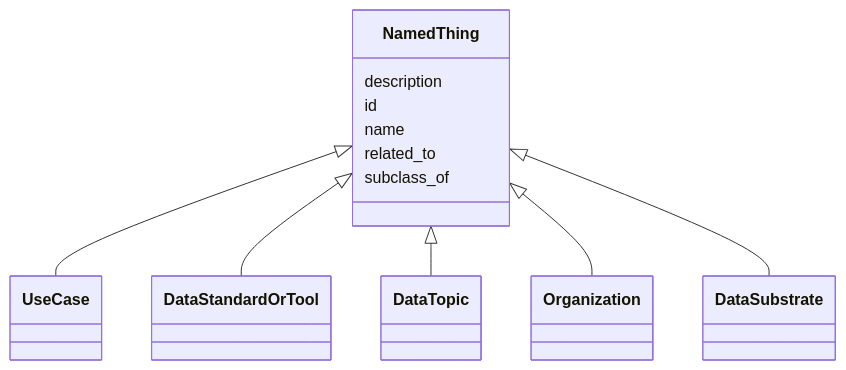
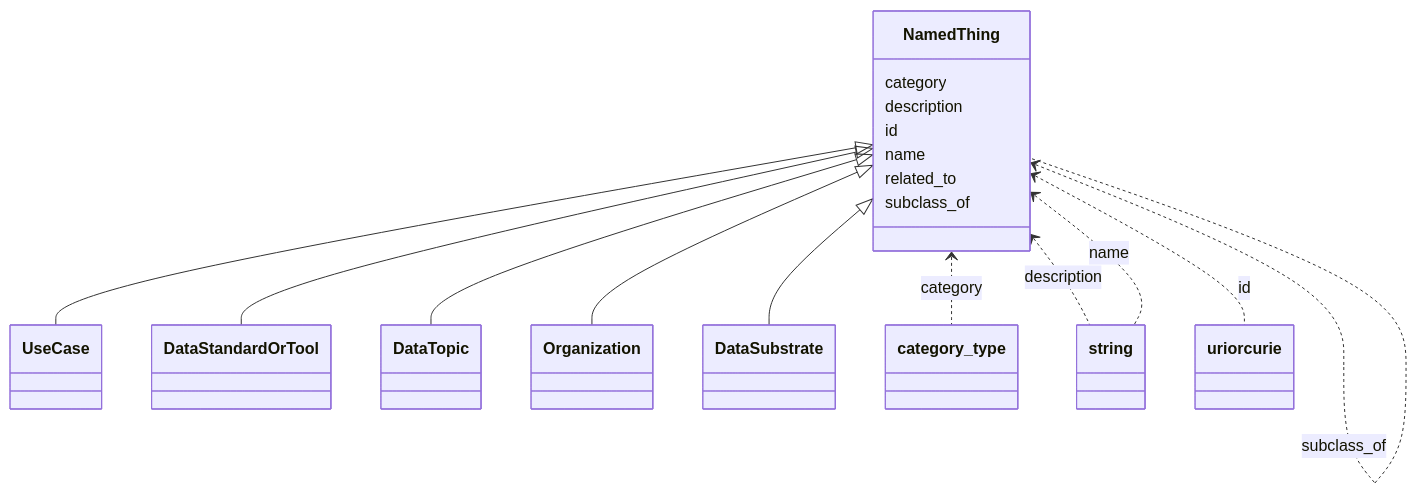
Before and after one commit to bridge2ai/standards-schemas: the diagram in docs/NamedThing.md, drawn with Mermaid. The commit also changed other lines of this file and 116 other files, not shown here.

````diff
--- a/docs/NamedThing.md
+++ b/docs/NamedThing.md
@@ -11,16 +11,23 @@
 ```mermaid
  classDiagram
     class NamedThing
       NamedThing <|-- UseCase
       NamedThing <|-- DataStandardOrTool
       NamedThing <|-- DataTopic
       NamedThing <|-- Organization
       NamedThing <|-- DataSubstrate
       
+      NamedThing : category
+        NamedThing <.. category_type : category
       NamedThing : description
+        NamedThing <.. string : description
       NamedThing : id
+        NamedThing <.. uriorcurie : id
       NamedThing : name
+        NamedThing <.. string : name
       NamedThing : related_to
+        NamedThing <.. NamedThing : related_to
       NamedThing : subclass_of
+        NamedThing <.. NamedThing : subclass_of
       
 ```
````
